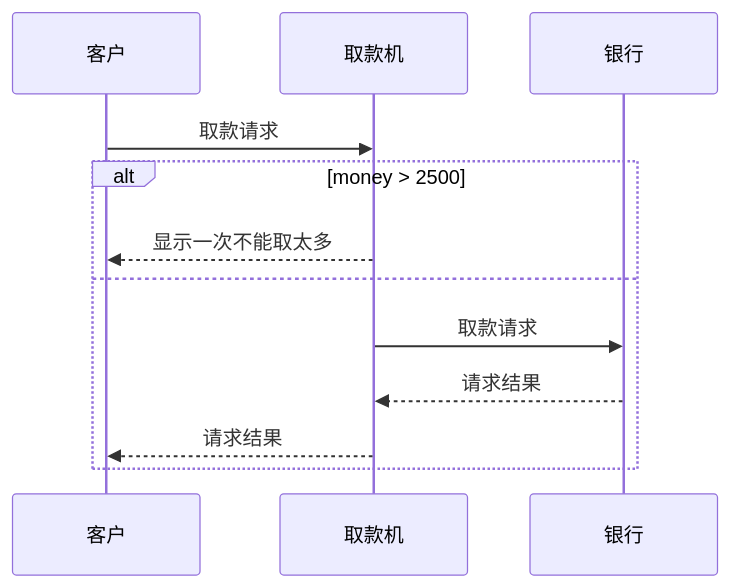
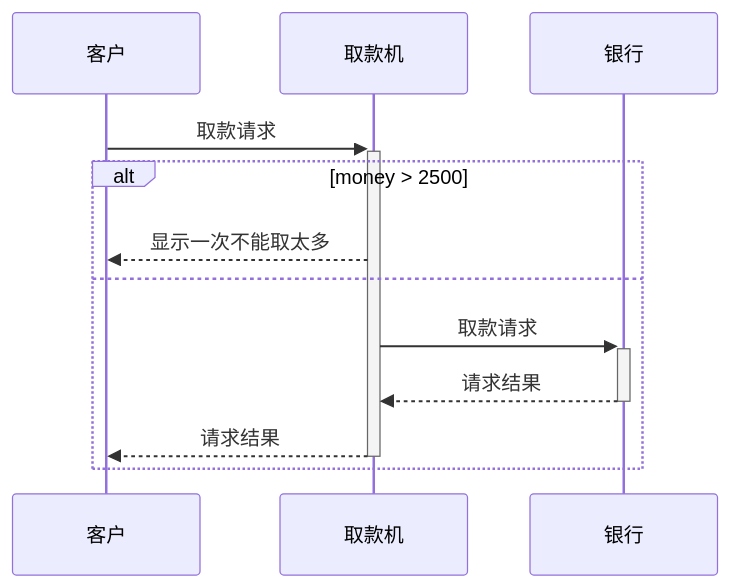
One commit to Dandelight/guoruiming.com changed the second of 2 diagrams in docs/Design Patterns/mainly_used_UMLs.md. Above: the diagram before and after it, drawn with Mermaid.

Commit message:
Add activations to sequence diagram

````diff
--- a/docs/Design Patterns/mainly_used_UMLs.md
+++ b/docs/Design Patterns/mainly_used_UMLs.md
@@ -107,14 +107,14 @@
 ```mermaid
 sequenceDiagram
 	participant 客户
 	participant 取款机
 	participant 银行
-	客户 ->> 取款机: 取款请求
+	客户 ->>+ 取款机: 取款请求
 	alt money > 2500
 		 取款机 -->> 客户: 显示一次不能取太多
 	else
-		取款机 ->> 银行: 取款请求
-		银行 -->> 取款机: 请求结果
-		取款机 -->> 客户: 请求结果
+		取款机 ->>+ 银行: 取款请求
+		银行 -->>- 取款机: 请求结果
+		取款机 -->>- 客户: 请求结果
 	end
 ```
````
